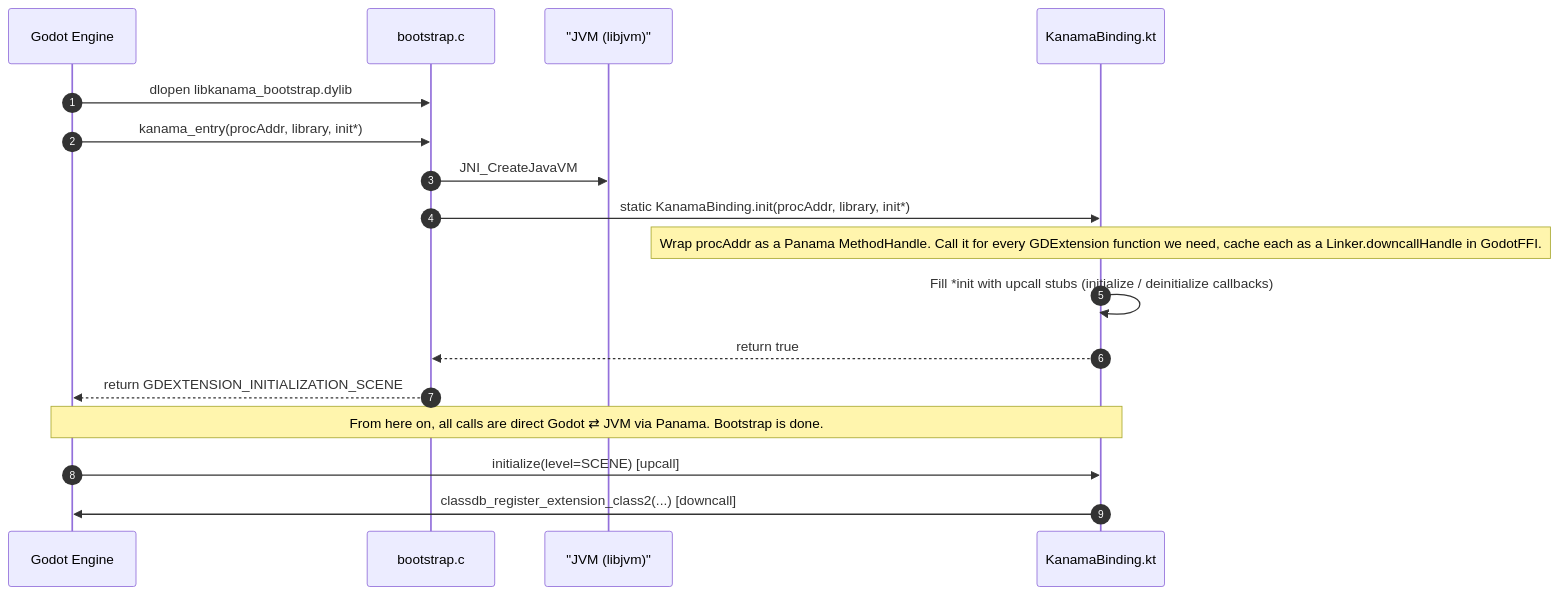
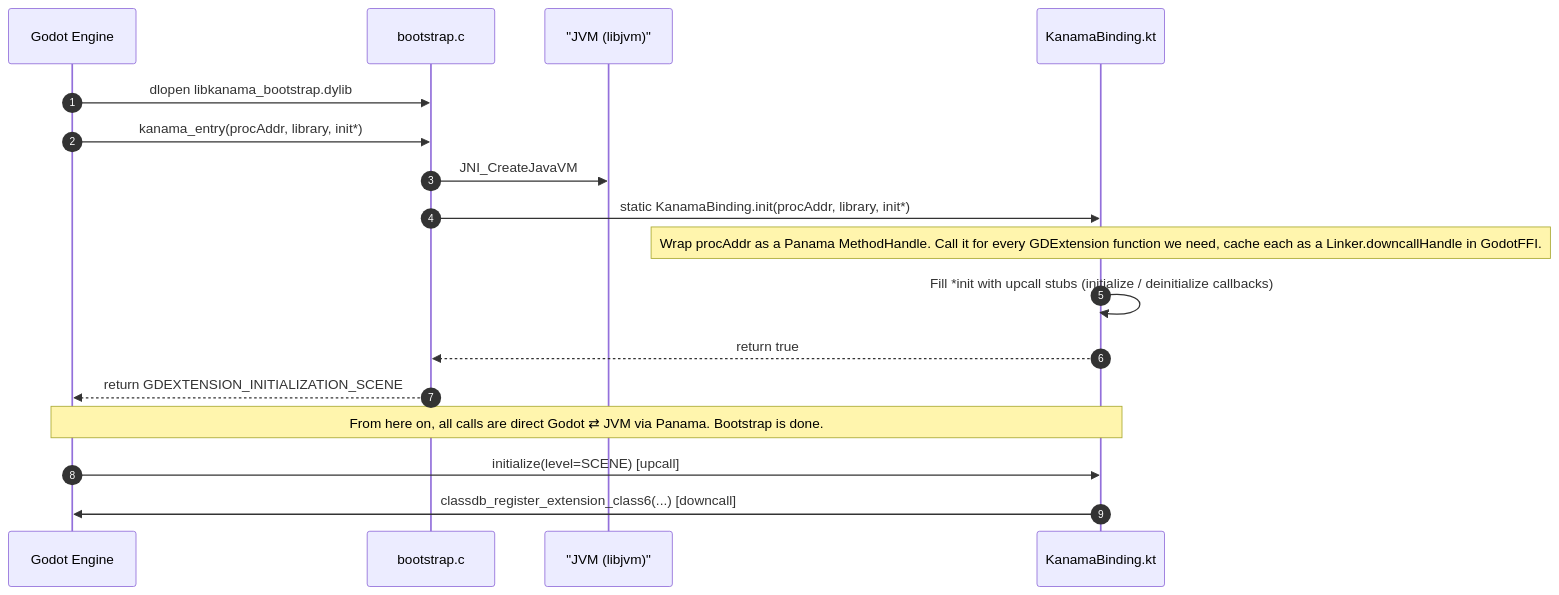
Before and after one commit to falcon4ever/kanama: the fourth of 5 diagrams in docs/contributing/architecture.md, drawn with Mermaid. The commit also changed other lines of this file and 19 other files, not shown here.

````diff
--- a/docs/contributing/architecture.md
+++ b/docs/contributing/architecture.md
@@ -121,20 +121,20 @@
 ```mermaid
 sequenceDiagram
     autonumber
     participant G as Godot Engine
     participant B as bootstrap.c
     participant J as "JVM (libjvm)"
     participant K as KanamaBinding.kt
 
     G->>B: dlopen libkanama_bootstrap.dylib
     G->>B: kanama_entry(procAddr, library, init*)
     B->>J: JNI_CreateJavaVM
     B->>K: static KanamaBinding.init(procAddr, library, init*)
     Note over K: Wrap procAddr as a Panama MethodHandle. Call it for every GDExtension function we need, cache each as a Linker.downcallHandle in GodotFFI.
     K->>K: Fill *init with upcall stubs (initialize / deinitialize callbacks)
     K-->>B: return true
     B-->>G: return GDEXTENSION_INITIALIZATION_SCENE
     Note over G,K: From here on, all calls are direct Godot ⇄ JVM via Panama. Bootstrap is done.
     G->>K: initialize(level=SCENE) [upcall]
-    K->>G: classdb_register_extension_class2(...) [downcall]
+    K->>G: classdb_register_extension_class6(...) [downcall]
 ```
````
